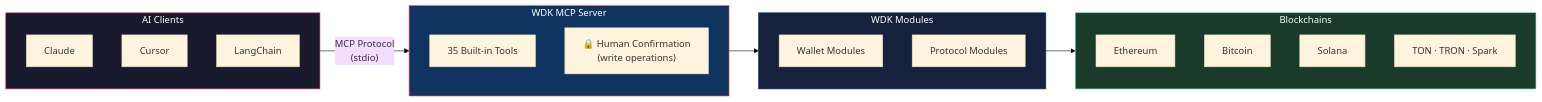
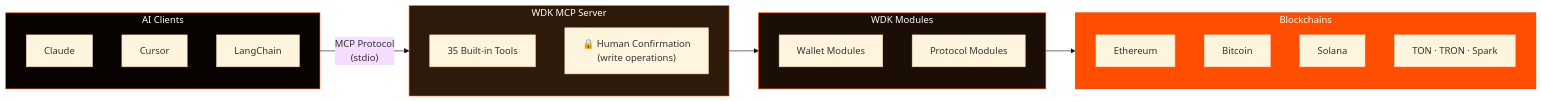
Before and after one commit to gatteo/wdk-docs: the diagram in ai/mcp-toolkit/README.md, drawn with Mermaid (base theme). The commit also changed 21 other files, not shown here.

Commit message:
docs: update all mermaid diagrams to WDK branding colors (#FF4E00 orange, #080201 dark)

````diff
--- a/ai/mcp-toolkit/README.md
+++ b/ai/mcp-toolkit/README.md
@@ -33,37 +33,37 @@
 ```mermaid
 graph LR
     subgraph Clients["AI Clients"]
         Claude["Claude"]
         Cursor["Cursor"]
         LC["LangChain"]
     end
 
     subgraph MCP["WDK MCP Server"]
         direction TB
         Tools["35 Built-in Tools"]
         Confirm["🔒 Human Confirmation\n(write operations)"]
     end
 
     subgraph SDK["WDK Modules"]
         direction TB
         WM["Wallet Modules"]
         PM["Protocol Modules"]
     end
 
     subgraph Chains["Blockchains"]
         direction TB
         ETH["Ethereum"]
         BTC["Bitcoin"]
         SOL["Solana"]
         MORE["TON · TRON · Spark"]
     end
 
     Clients -->|"MCP Protocol\n(stdio)"| MCP
     MCP --> SDK
     SDK --> Chains
 
-    style Clients fill:#1a1a2e,stroke:#e94560,color:#fff
-    style MCP fill:#0f3460,stroke:#e94560,color:#fff
-    style SDK fill:#16213e,stroke:#0f3460,color:#fff
-    style Chains fill:#1a3a2a,stroke:#4ecca3,color:#fff
+    style Clients fill:#080201,stroke:#FF4E00,color:#fff
+    style MCP fill:#2d1a0a,stroke:#FF4E00,color:#fff
+    style SDK fill:#1a0e06,stroke:#FF4E00,color:#fff
+    style Chains fill:#FF4E00,stroke:#cc3e00,color:#fff
 ```
````
